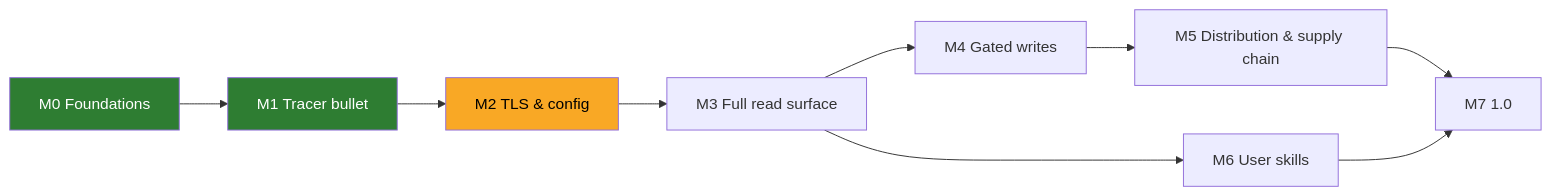
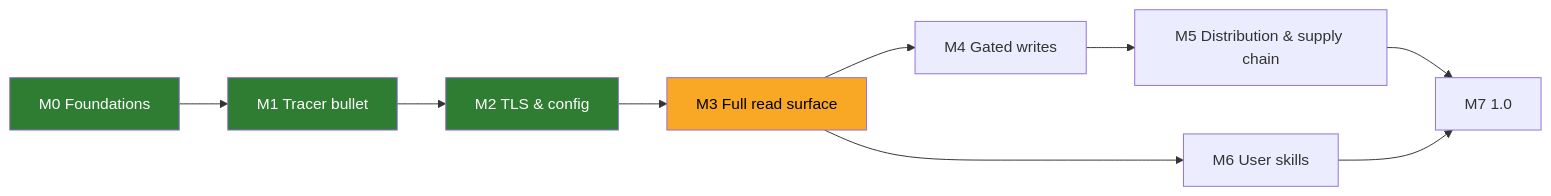
Before and after one commit to rodrigorjsf/langfuse-api-mcp: the diagram in ROADMAP.md, drawn with Mermaid. The commit also changed other lines of this file, not shown here.

Commit message:
docs(roadmap): mark M2 TLS & config done
All M2 tickets merged (#60, #63); spec #58 and #61 closed. M3 is next.

Claude-Session: https://claude.ai/code/session_01W98ZW1n5VETrHgu3TF2MTZ

````diff
--- a/ROADMAP.md
+++ b/ROADMAP.md
@@ -5,15 +5,15 @@
 ```mermaid
 flowchart LR
   M0[M0 Foundations] --> M1[M1 Tracer bullet]
   M1 --> M2[M2 TLS & config]
   M2 --> M3[M3 Full read surface]
   M3 --> M4[M4 Gated writes]
   M4 --> M5[M5 Distribution & supply chain]
   M3 --> M6[M6 User skills]
   M5 --> M7[M7 1.0]
   M6 --> M7
   classDef done fill:#2e7d32,color:#fff;
   classDef next fill:#f9a825,color:#000;
-  class M0,M1 done;
-  class M2 next;
+  class M0,M1,M2 done;
+  class M3 next;
 ```
````
